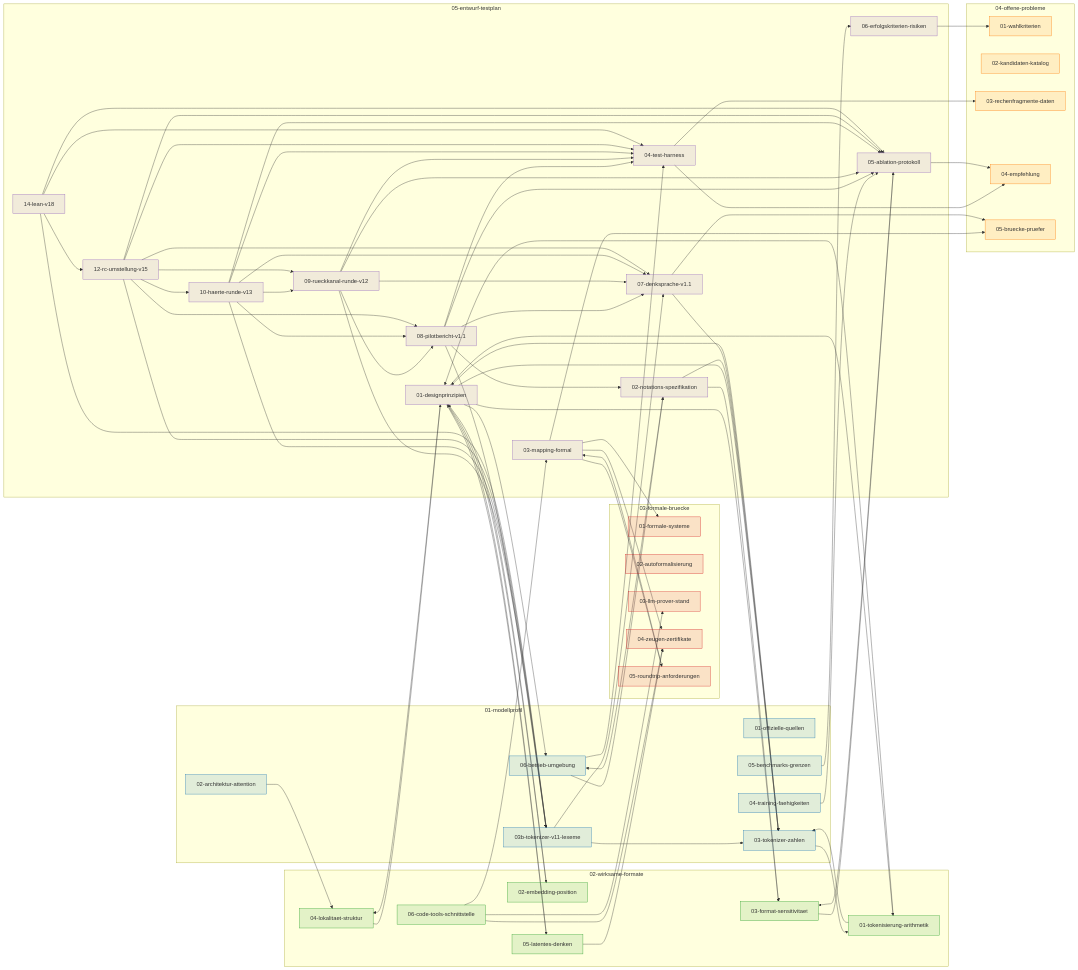
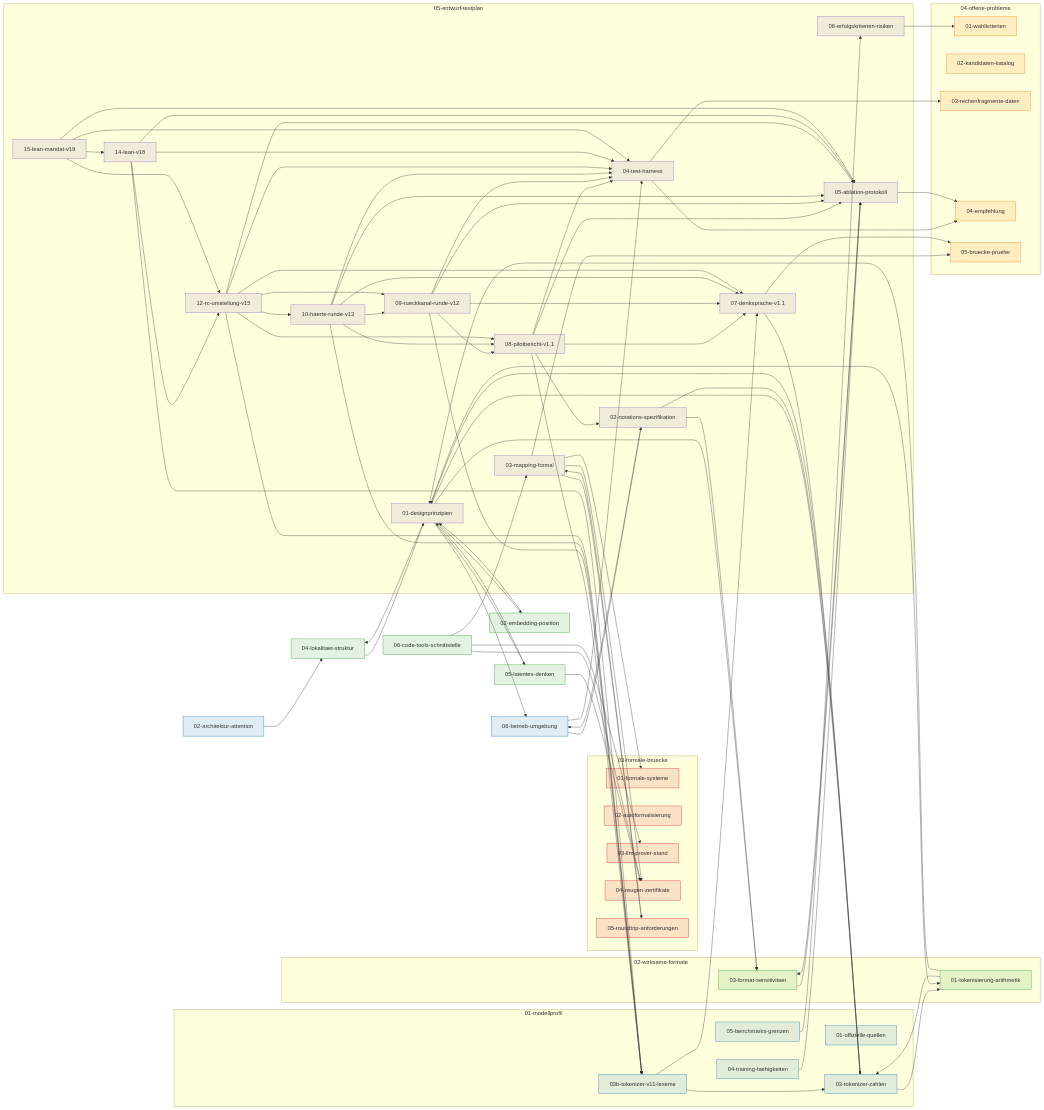
One commit to carsteneu/proofboy changed the diagram in yesdocs/deepseek-math-notation/wiki/INDEX.md. Above: the diagram before and after it, drawn with Mermaid. The commit also changed other lines of this file and 3 other files, not shown here.

First line of the commit message:
docs(v19): Bericht 05-15 (Lean-Mandat-Runde) + Auswertungs-Assets + INDEX

````diff
--- a/yesdocs/deepseek-math-notation/wiki/INDEX.md
+++ b/yesdocs/deepseek-math-notation/wiki/INDEX.md
@@ -84,6 +86,7 @@
     F0510[10-haerte-runde-v13]
     F0512[12-rc-umstellung-v15]
     F0514[14-lean-v18]
+    F0515[15-lean-mandat-v19]
   end
   F0102 --> F0204
   F0103 --> F0201
@@ -153,6 +156,10 @@
   F0514 --> F0103B
   F0514 --> F0505
   F0514 --> F0504
+  F0515 --> F0514
+  F0515 --> F0512
+  F0515 --> F0505
+  F0515 --> F0504
   classDef C01 fill:#1f77b422,stroke:#1f77b4,stroke-width:1px
   classDef C02 fill:#2ca02c22,stroke:#2ca02c,stroke-width:1px
   classDef C03 fill:#d6272822,stroke:#d62728,stroke-width:1px
@@ -162,5 +169,5 @@
   class F0201,F0202,F0203,F0204,F0205,F0206 C02
   class F0301,F0302,F0303,F0304,F0305 C03
   class F0401,F0402,F0403,F0404,F0405 C04
-  class F0501,F0502,F0503,F0504,F0505,F0506,F0507,F0508,F0509,F0510,F0512,F0514 C05
+  class F0501,F0502,F0503,F0504,F0505,F0506,F0507,F0508,F0509,F0510,F0512,F0514,F0515 C05
 ```
````
